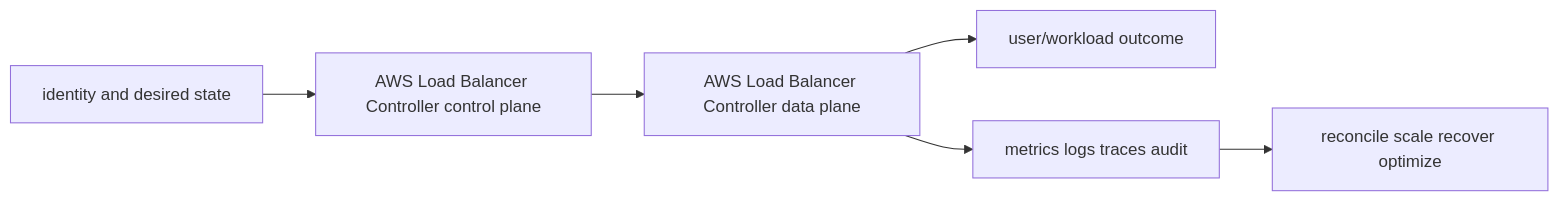
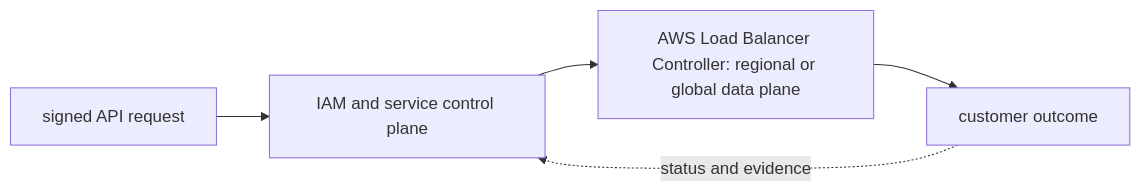
One commit to tomkidumbuyo/DevOps-interview-preparation changed the diagram in 07-aws/06-containers/05-aws-load-balancer-controller/README.md. Above: the diagram before and after it, drawn with Mermaid. The commit also changed other lines of this file and 753 other files, not shown here.

````diff
--- a/07-aws/06-containers/05-aws-load-balancer-controller/README.md
+++ b/07-aws/06-containers/05-aws-load-balancer-controller/README.md
@@ -19,8 +31,7 @@
 ```mermaid
 flowchart LR
-  I[identity and desired state] --> C[AWS Load Balancer Controller control plane]
-  C --> D[AWS Load Balancer Controller data plane]
-  D --> U[user/workload outcome]
-  D --> O[metrics logs traces audit]
-  O --> R[reconcile scale recover optimize]
+  A["signed API request"] --> B["IAM and service control plane"]
+  B --> C["AWS Load Balancer Controller: regional or global data plane"]
+  C --> D["customer outcome"]
+  D -. "status and evidence" .-> B
 ```
````
